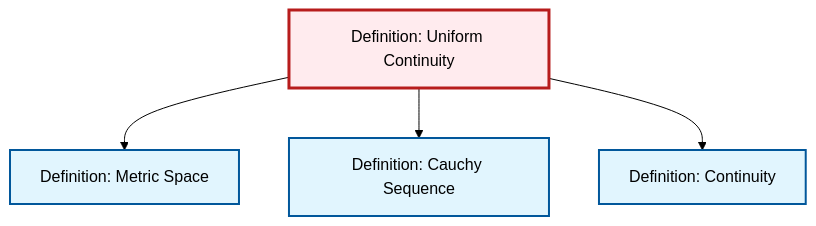
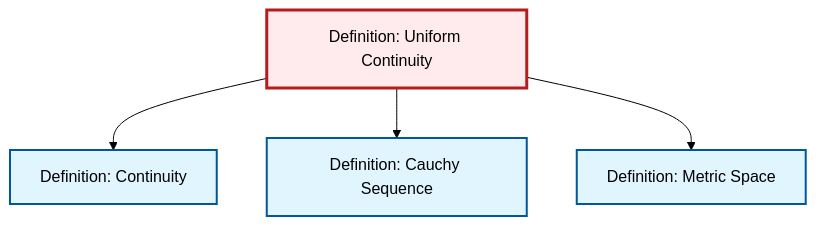
The diagram in output/mermaid/def-uniform-continuity.mermaid (RK0429/ModernMath), drawn with Mermaid (forest theme) before and after one commit. The commit also changed other lines of this file and 581 other files, not shown here.

```diff
--- a/output/mermaid/def-uniform-continuity.mermaid
+++ b/output/mermaid/def-uniform-continuity.mermaid
@@ -1,15 +1,15 @@
 %%| fig-cap: "Local dependency graph"
 graph TD
     classDef definition fill:#e1f5fe,stroke:#01579b,stroke-width:2px
     classDef theorem fill:#f3e5f5,stroke:#4a148c,stroke-width:2px
     classDef axiom fill:#fff3e0,stroke:#e65100,stroke-width:2px
     classDef example fill:#e8f5e9,stroke:#1b5e20,stroke-width:2px
     classDef current fill:#ffebee,stroke:#b71c1c,stroke-width:3px
+    def-uniform-continuity["Definition: Uniform Continuity"]:::definition
+    def-metric-space["Definition: Metric Space"]:::definition
     def-cauchy-sequence["Definition: Cauchy Sequence"]:::definition
     def-continuity["Definition: Continuity"]:::definition
-    def-metric-space["Definition: Metric Space"]:::definition
-    def-uniform-continuity["Definition: Uniform Continuity"]:::definition
+    def-uniform-continuity --> def-continuity
+    def-uniform-continuity --> def-cauchy-sequence
     def-uniform-continuity --> def-metric-space
-    def-uniform-continuity --> def-cauchy-sequence
-    def-uniform-continuity --> def-continuity
     class def-uniform-continuity current
```
